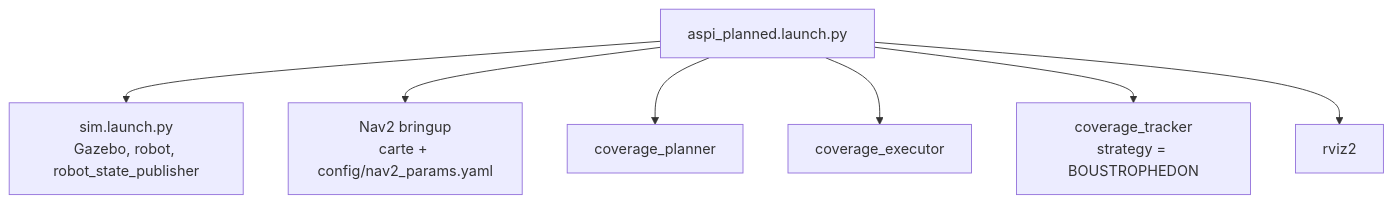
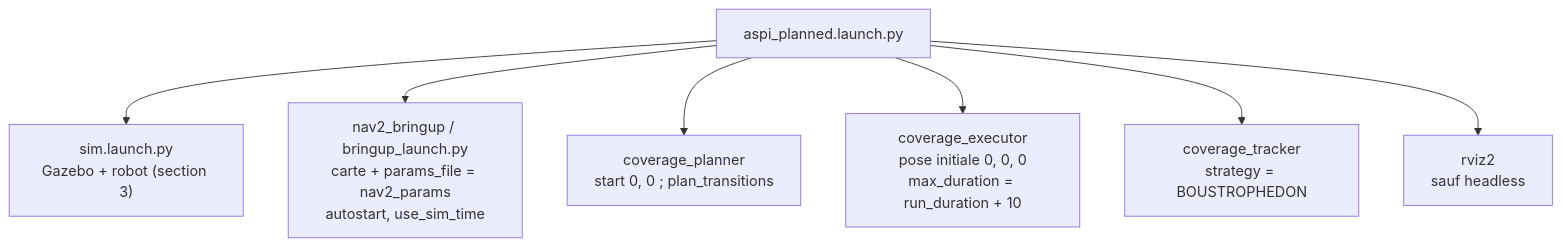
One commit to Maximator13/robot-aspirateur-ros2 changed the seventh of 8 diagrams in docs/ARCHITECTURE.md. Above: the diagram before and after it, drawn with Mermaid. The commit also changed other lines of this file and 18 other files, not shown here.

First line of the commit message:
Stratégie B : protocole officiel (3 runs temps réel, config T5) et correctifs de l'executor

````diff
--- a/docs/ARCHITECTURE.md
+++ b/docs/ARCHITECTURE.md
@@ -172,10 +214,10 @@
 ```mermaid
 flowchart TB
     L["aspi_planned.launch.py"]
-    L --> S["sim.launch.py<br/>Gazebo, robot, robot_state_publisher"]
-    L --> NV["Nav2 bringup<br/>carte + config/nav2_params.yaml"]
-    L --> P["coverage_planner"]
-    L --> E["coverage_executor"]
+    L --> SIM["sim.launch.py<br/>Gazebo + robot (section 3)"]
+    L --> NV["nav2_bringup / bringup_launch.py<br/>carte + params_file = nav2_params<br/>autostart, use_sim_time"]
+    L --> P["coverage_planner<br/>start 0, 0 ; plan_transitions"]
+    L --> E["coverage_executor<br/>pose initiale 0, 0, 0<br/>max_duration = run_duration + 10"]
     L --> T["coverage_tracker<br/>strategy = BOUSTROPHEDON"]
-    L --> R["rviz2"]
+    L --> R["rviz2<br/>sauf headless"]
 ```
````
